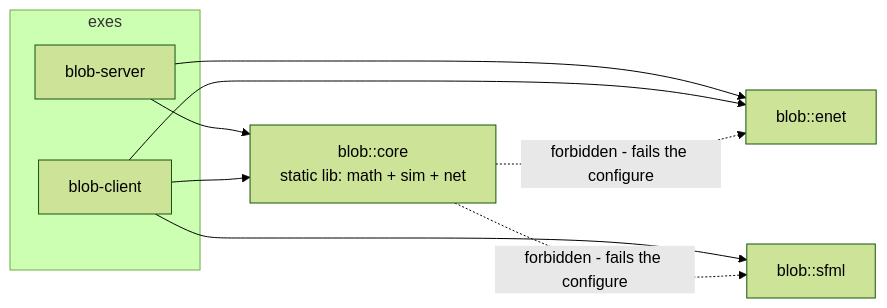
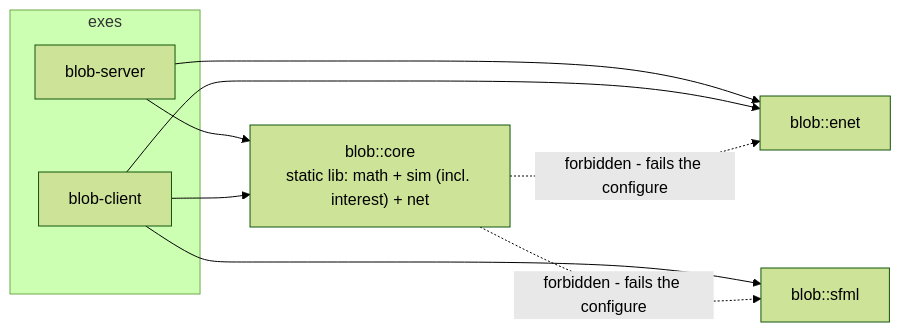
Before and after one commit to jbriand/blob: the first of 2 diagrams in docs/architecture.md, drawn with Mermaid (forest theme). The commit also changed other lines of this file and 3 other files, not shown here.

````diff
--- a/docs/architecture.md
+++ b/docs/architecture.md
@@ -22,17 +23,17 @@
 ```mermaid
 graph LR
     subgraph exes
         server["blob-server"]
         client["blob-client"]
     end
-    core["blob::core<br/>static lib: math + sim + net"]
+    core["blob::core<br/>static lib: math + sim (incl. interest) + net"]
     enet["blob::enet"]
     sfml["blob::sfml"]
     server --> core
     server --> enet
     client --> core
     client --> enet
     client --> sfml
     core -. "forbidden - fails the configure" .-> enet
     core -. "forbidden - fails the configure" .-> sfml
 ```
````
